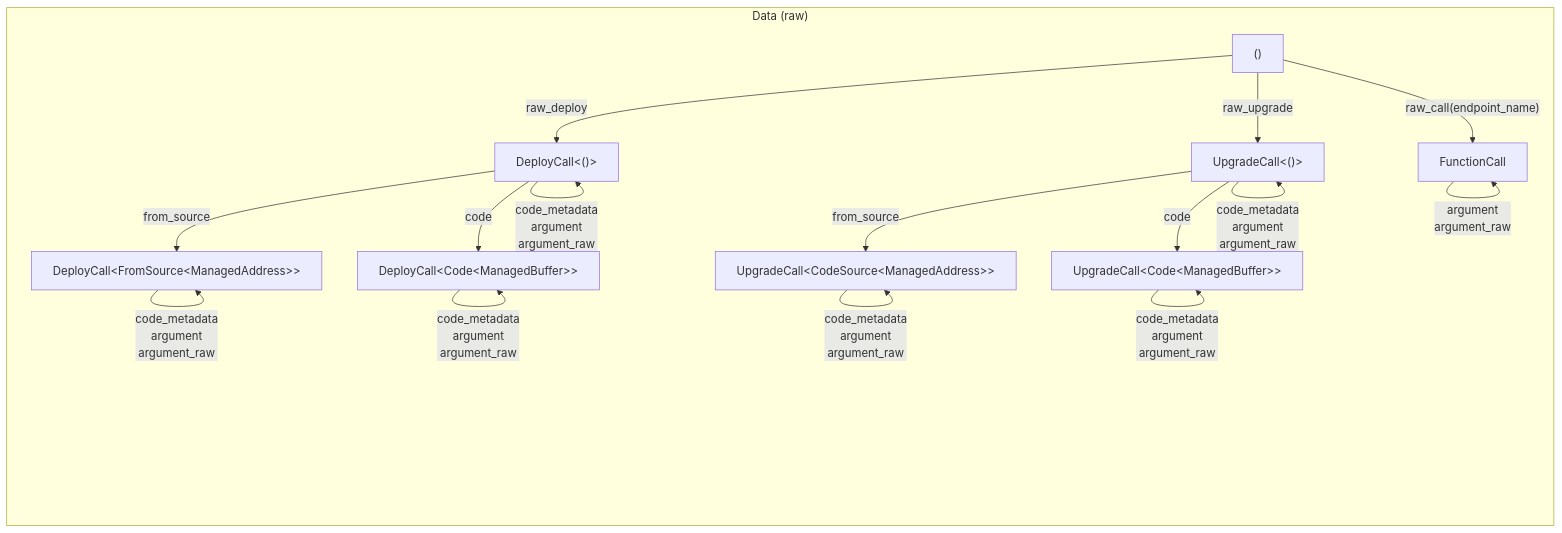
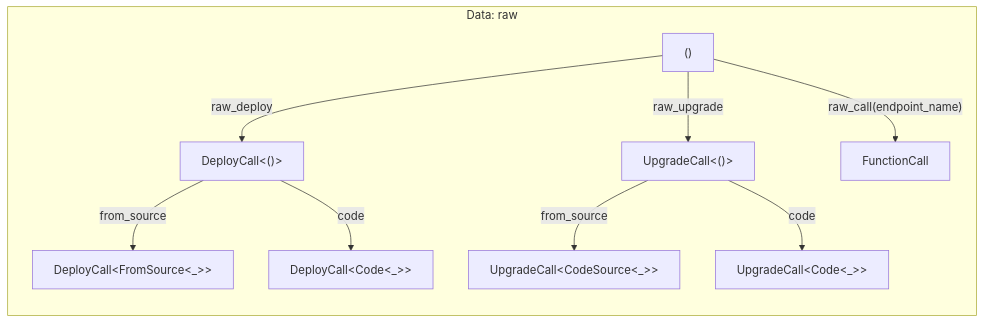
One commit to multiversx/mx-docs changed the first of 2 diagrams in docs/developers/transactions/tx-data.md. Above: the diagram before and after it, drawn with Mermaid. The commit also changed other lines of this file, not shown here.

Commit message:
unified syntax - tx data reorg

````diff
--- a/docs/developers/transactions/tx-data.md
+++ b/docs/developers/transactions/tx-data.md
@@ -28,22 +30,14 @@
 ```mermaid
 graph LR
-    subgraph "Data (raw)"
+    subgraph "Data: raw"
         data-unit["()"]
         deploy["DeployCall&lt;()&gt;"]
         data-unit -->|raw_deploy| deploy
-        deploy -->|from_source| deploy-src["DeployCall&lt;FromSource&lt;ManagedAddress&gt;&gt;"]
-        deploy -->|code| deploy-code["DeployCall&lt;Code&lt;ManagedBuffer&gt;&gt;"]
+        deploy -->|from_source| deploy-src["DeployCall&lt;FromSource&lt;_&gt;&gt;"]
+        deploy -->|code| deploy-code["DeployCall&lt;Code&lt;_&gt;&gt;"]
         data-unit -->|raw_upgrade| upgrade["UpgradeCall<()>"]
-        upgrade -->|from_source| upgrade-src["UpgradeCall&lt;CodeSource&lt;ManagedAddress&gt;&gt;"]
-        upgrade -->|code| upgrade-code["UpgradeCall&lt;Code&lt;ManagedBuffer&gt;&gt;"]
+        upgrade -->|from_source| upgrade-src["UpgradeCall&lt;CodeSource&lt;_&gt;&gt;"]
+        upgrade -->|code| upgrade-code["UpgradeCall&lt;Code&lt;_&gt;&gt;"]
         data-unit -->|"raw_call(endpoint_name)"| fc[FunctionCall]
-
-        deploy -->|"code_metadata<br />argument<br />argument_raw"| deploy
-        deploy-code -->|"code_metadata<br />argument<br />argument_raw"| deploy-code
-        deploy-src -->|"code_metadata<br />argument<br />argument_raw"| deploy-src
-        upgrade -->|"code_metadata<br />argument<br />argument_raw"| upgrade
-        upgrade-code -->|"code_metadata<br />argument<br />argument_raw"| upgrade-code
-        upgrade-src -->|"code_metadata<br />argument<br />argument_raw"| upgrade-src
-        fc -->|"argument<br />argument_raw"| fc
     end
 ```
````
